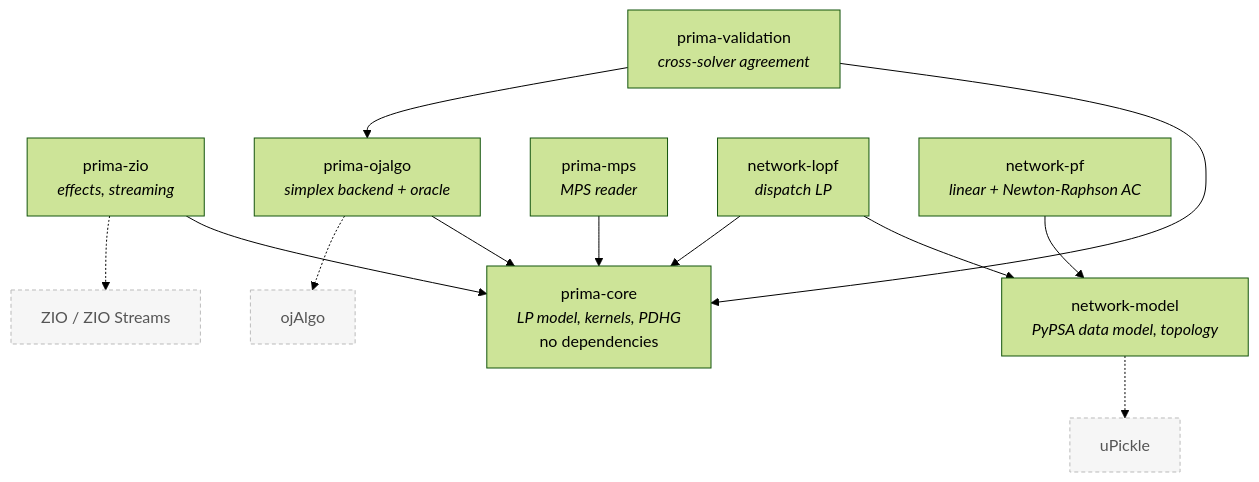
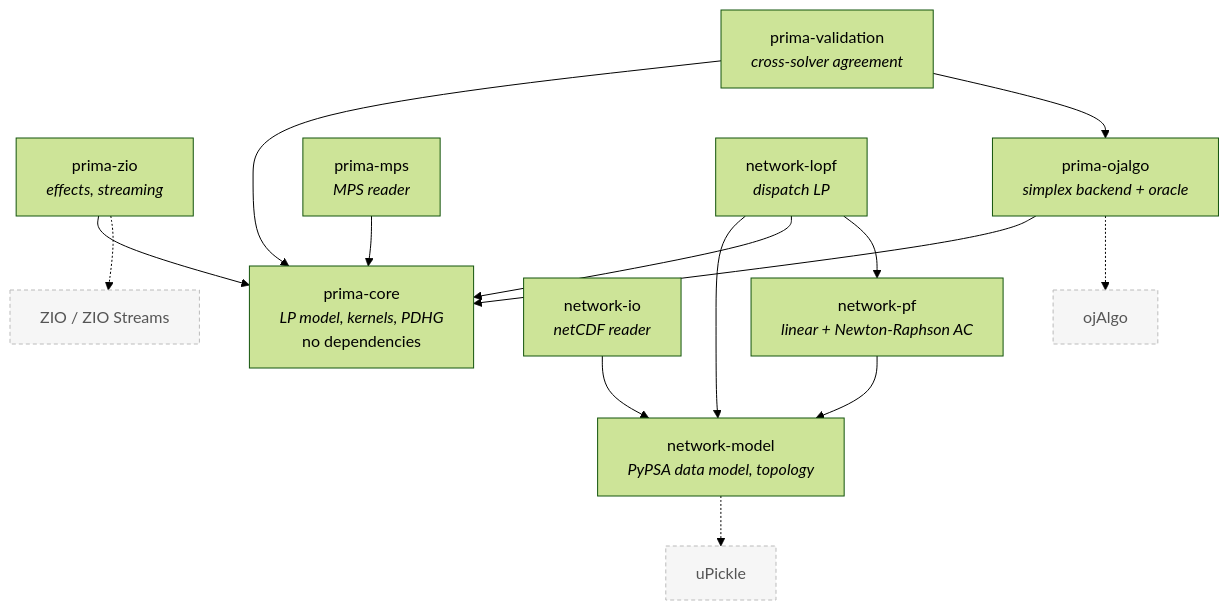
Before and after one commit to oluies/noaidi: the first of 6 diagrams in ARCHITECTURE.md, drawn with Mermaid (forest theme). The commit also changed other lines of this file and 1 other file, not shown here.

````diff
--- a/ARCHITECTURE.md
+++ b/ARCHITECTURE.md
@@ -33,30 +33,33 @@
 ```mermaid
 graph TD
     primaCore["prima-core<br/><i>LP model, kernels, PDHG</i><br/>no dependencies"]
     primaZio["prima-zio<br/><i>effects, streaming</i>"]
     primaOjalgo["prima-ojalgo<br/><i>simplex backend + oracle</i>"]
     primaValidation["prima-validation<br/><i>cross-solver agreement</i>"]
     primaMps["prima-mps<br/><i>MPS reader</i>"]
 
     networkModel["network-model<br/><i>PyPSA data model, topology</i>"]
     networkLopf["network-lopf<br/><i>dispatch LP</i>"]
     networkPf["network-pf<br/><i>linear + Newton-Raphson AC</i>"]
+    networkIo["network-io<br/><i>netCDF reader</i>"]
 
     zioLib["ZIO / ZIO Streams"]:::ext
     ojalgoLib["ojAlgo"]:::ext
     upickleLib["uPickle"]:::ext
 
     primaZio --> primaCore
     primaOjalgo --> primaCore
     primaValidation --> primaCore
     primaValidation --> primaOjalgo
     primaMps --> primaCore
     networkLopf --> networkModel
     networkLopf --> primaCore
+    networkLopf --> networkPf
     networkPf --> networkModel
+    networkIo --> networkModel
     primaZio -.-> zioLib
     primaOjalgo -.-> ojalgoLib
     networkModel -.-> upickleLib
 
     classDef ext fill:#f6f6f6,stroke:#bbb,stroke-dasharray:4 3,color:#555;
 ```
````
